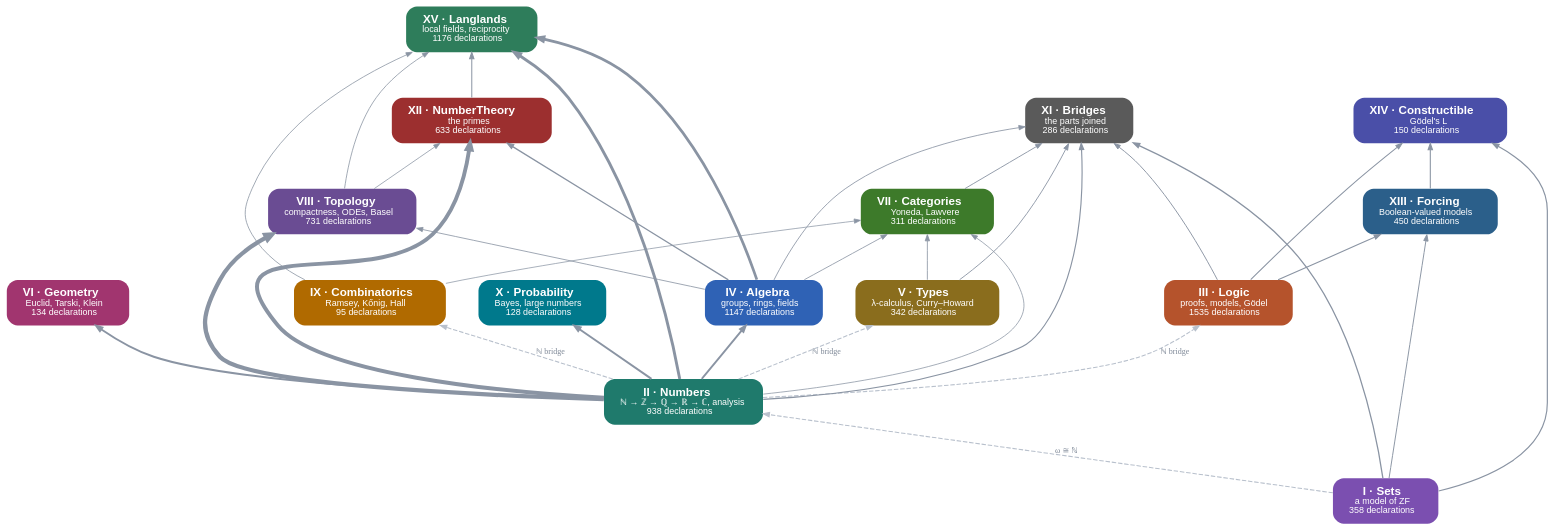
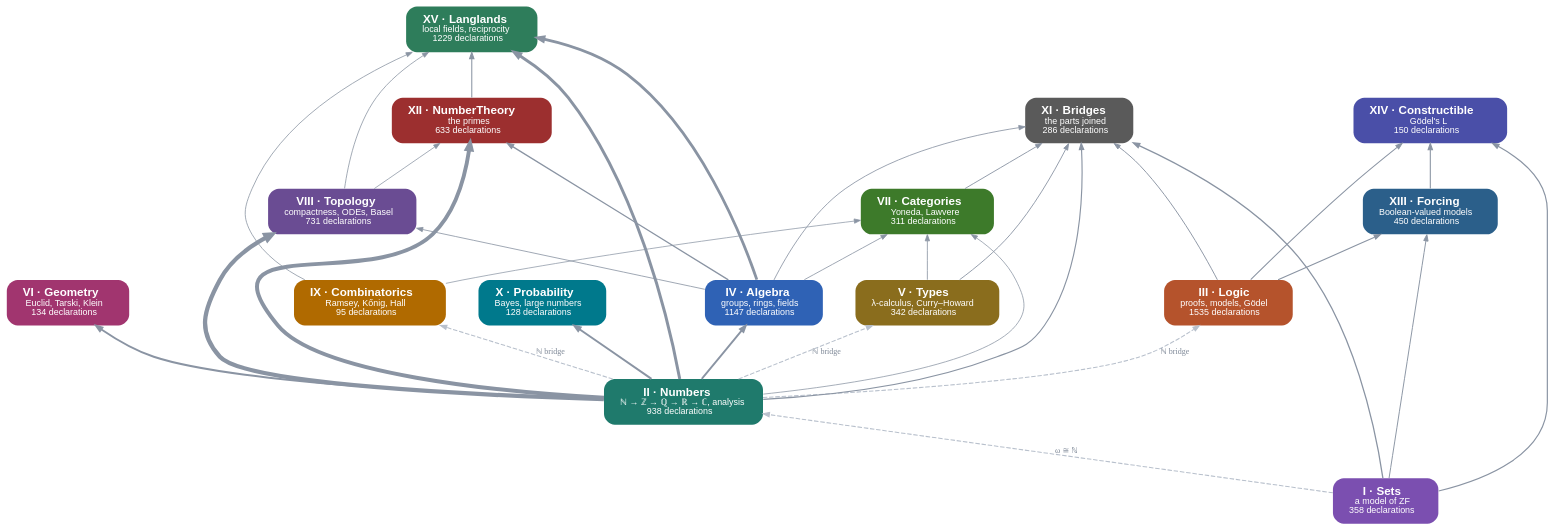
Before and after one commit to damianspendel/foundations: the diagram in site/dist/parts.dot, drawn with Graphviz. The commit also changed 15 other files, not shown here.

```diff
--- a/site/dist/parts.dot
+++ b/site/dist/parts.dot
@@ -1,52 +1,52 @@
 digraph parts {
 rankdir=BT; bgcolor="transparent"; nodesep=0.5; ranksep=0.7;
 node [shape=box, style="rounded,filled", fontname="Helvetica", fontsize=13, penwidth=0, margin="0.25,0.12"];
 edge [color="#8a94a3", arrowsize=0.7];
 "Sets" [label=<<b>I · Sets</b><br/><font point-size="10">a model of ZF<br/>358 declarations</font>>, fillcolor="#7b4fb0", fontcolor="white"];
 "Numbers" [label=<<b>II · Numbers</b><br/><font point-size="10">ℕ → ℤ → ℚ → ℝ → ℂ, analysis<br/>938 declarations</font>>, fillcolor="#1f7a6c", fontcolor="white"];
 "Logic" [label=<<b>III · Logic</b><br/><font point-size="10">proofs, models, Gödel<br/>1535 declarations</font>>, fillcolor="#b5532c", fontcolor="white"];
 "Algebra" [label=<<b>IV · Algebra</b><br/><font point-size="10">groups, rings, fields<br/>1147 declarations</font>>, fillcolor="#2f62b5", fontcolor="white"];
 "Types" [label=<<b>V · Types</b><br/><font point-size="10">λ-calculus, Curry–Howard<br/>342 declarations</font>>, fillcolor="#8a6d1d", fontcolor="white"];
 "Geometry" [label=<<b>VI · Geometry</b><br/><font point-size="10">Euclid, Tarski, Klein<br/>134 declarations</font>>, fillcolor="#a1356f", fontcolor="white"];
 "Categories" [label=<<b>VII · Categories</b><br/><font point-size="10">Yoneda, Lawvere<br/>311 declarations</font>>, fillcolor="#3d7a2a", fontcolor="white"];
 "Topology" [label=<<b>VIII · Topology</b><br/><font point-size="10">compactness, ODEs, Basel<br/>731 declarations</font>>, fillcolor="#6a4c93", fontcolor="white"];
 "Combinatorics" [label=<<b>IX · Combinatorics</b><br/><font point-size="10">Ramsey, Kőnig, Hall<br/>95 declarations</font>>, fillcolor="#b06a00", fontcolor="white"];
 "Probability" [label=<<b>X · Probability</b><br/><font point-size="10">Bayes, large numbers<br/>128 declarations</font>>, fillcolor="#00798c", fontcolor="white"];
 "Bridges" [label=<<b>XI · Bridges</b><br/><font point-size="10">the parts joined<br/>286 declarations</font>>, fillcolor="#5a5a5a", fontcolor="white"];
 "NumberTheory" [label=<<b>XII · NumberTheory</b><br/><font point-size="10">the primes<br/>633 declarations</font>>, fillcolor="#9c2f2f", fontcolor="white"];
 "Forcing" [label=<<b>XIII · Forcing</b><br/><font point-size="10">Boolean-valued models<br/>450 declarations</font>>, fillcolor="#2b5f8a", fontcolor="white"];
 "Constructible" [label=<<b>XIV · Constructible</b><br/><font point-size="10">Gödel's L<br/>150 declarations</font>>, fillcolor="#4a4fa8", fontcolor="white"];
-"Langlands" [label=<<b>XV · Langlands</b><br/><font point-size="10">local fields, reciprocity<br/>1176 declarations</font>>, fillcolor="#2e7d5b", fontcolor="white"];
+"Langlands" [label=<<b>XV · Langlands</b><br/><font point-size="10">local fields, reciprocity<br/>1229 declarations</font>>, fillcolor="#2e7d5b", fontcolor="white"];
 "Algebra" -> "Bridges" [penwidth=0.94, tooltip="37 uses of Algebra in Bridges"];
 "Algebra" -> "Categories" [penwidth=0.91, tooltip="23 uses of Algebra in Categories"];
-"Algebra" -> "Langlands" [penwidth=3.08, tooltip="9603 uses of Algebra in Langlands"];
+"Algebra" -> "Langlands" [penwidth=3.14, tooltip="10083 uses of Algebra in Langlands"];
 "Algebra" -> "NumberTheory" [penwidth=1.40, tooltip="653 uses of Algebra in NumberTheory"];
 "Algebra" -> "Topology" [penwidth=0.91, tooltip="24 uses of Algebra in Topology"];
 "Categories" -> "Bridges" [penwidth=1.01, tooltip="82 uses of Categories in Bridges"];
 "Combinatorics" -> "Categories" [penwidth=0.82, tooltip="1 uses of Combinatorics in Categories"];
 "Combinatorics" -> "Langlands" [penwidth=0.88, tooltip="12 uses of Combinatorics in Langlands"];
 "Forcing" -> "Constructible" [penwidth=1.21, tooltip="314 uses of Forcing in Constructible"];
 "Logic" -> "Bridges" [penwidth=1.05, tooltip="115 uses of Logic in Bridges"];
 "Logic" -> "Constructible" [penwidth=1.16, tooltip="234 uses of Logic in Constructible"];
 "Logic" -> "Forcing" [penwidth=1.23, tooltip="338 uses of Logic in Forcing"];
-"NumberTheory" -> "Langlands" [penwidth=1.12, tooltip="186 uses of NumberTheory in Langlands"];
+"NumberTheory" -> "Langlands" [penwidth=1.18, tooltip="261 uses of NumberTheory in Langlands"];
 "Numbers" -> "Algebra" [penwidth=2.10, tooltip="3114 uses of Numbers in Algebra"];
 "Numbers" -> "Bridges" [penwidth=1.27, tooltip="404 uses of Numbers in Bridges"];
 "Numbers" -> "Categories" [penwidth=0.85, tooltip="5 uses of Numbers in Categories"];
 "Numbers" -> "Geometry" [penwidth=2.12, tooltip="3189 uses of Numbers in Geometry"];
-"Numbers" -> "Langlands" [penwidth=3.25, tooltip="11066 uses of Numbers in Langlands"];
+"Numbers" -> "Langlands" [penwidth=3.33, tooltip="11775 uses of Numbers in Langlands"];
 "Numbers" -> "NumberTheory" [penwidth=4.39, tooltip="23743 uses of Numbers in NumberTheory"];
 "Numbers" -> "Probability" [penwidth=2.21, tooltip="3662 uses of Numbers in Probability"];
 "Numbers" -> "Topology" [penwidth=4.80, tooltip="29469 uses of Numbers in Topology"];
 "Sets" -> "Bridges" [penwidth=1.46, tooltip="796 uses of Sets in Bridges"];
 "Sets" -> "Constructible" [penwidth=1.32, tooltip="492 uses of Sets in Constructible"];
 "Sets" -> "Forcing" [penwidth=1.08, tooltip="145 uses of Sets in Forcing"];
 "Topology" -> "Langlands" [penwidth=0.88, tooltip="11 uses of Topology in Langlands"];
 "Topology" -> "NumberTheory" [penwidth=0.85, tooltip="4 uses of Topology in NumberTheory"];
 "Types" -> "Bridges" [penwidth=1.00, tooltip="73 uses of Types in Bridges"];
 "Types" -> "Categories" [penwidth=0.91, tooltip="21 uses of Types in Categories"];
 "Sets" -> "Numbers" [style=dashed, color="#b8c0cc", penwidth=1.2, label=<<font point-size="9" color="#7d8796">ω ≅ ℕ</font>>];
 "Numbers" -> "Logic" [style=dashed, color="#b8c0cc", penwidth=1.2, label=<<font point-size="9" color="#7d8796">ℕ bridge</font>>];
 "Numbers" -> "Types" [style=dashed, color="#b8c0cc", penwidth=1.2, label=<<font point-size="9" color="#7d8796">ℕ bridge</font>>];
 "Numbers" -> "Combinatorics" [style=dashed, color="#b8c0cc", penwidth=1.2, label=<<font point-size="9" color="#7d8796">ℕ bridge</font>>];
 }
```
